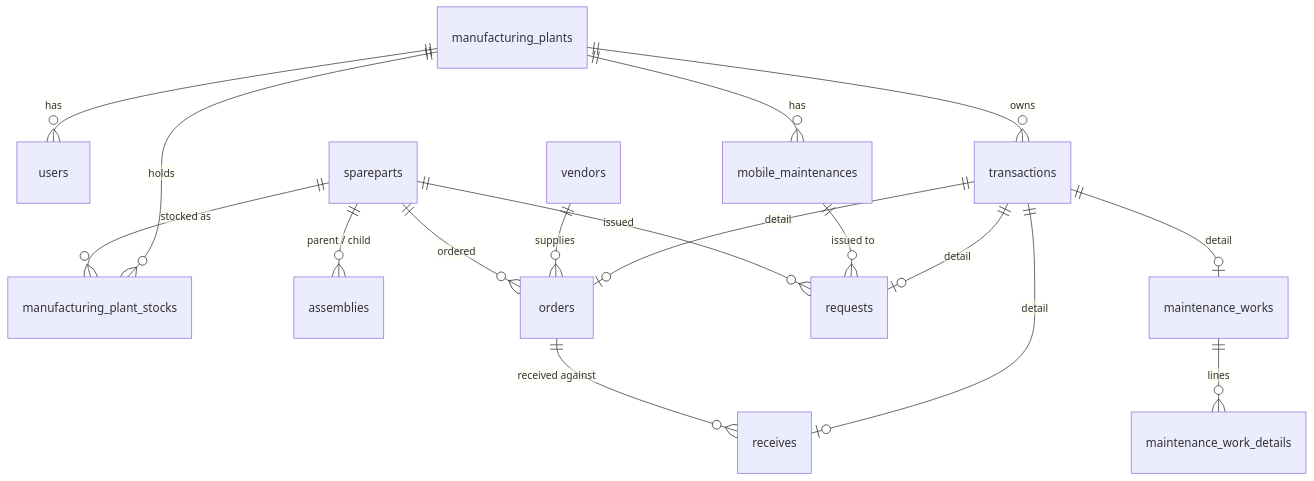
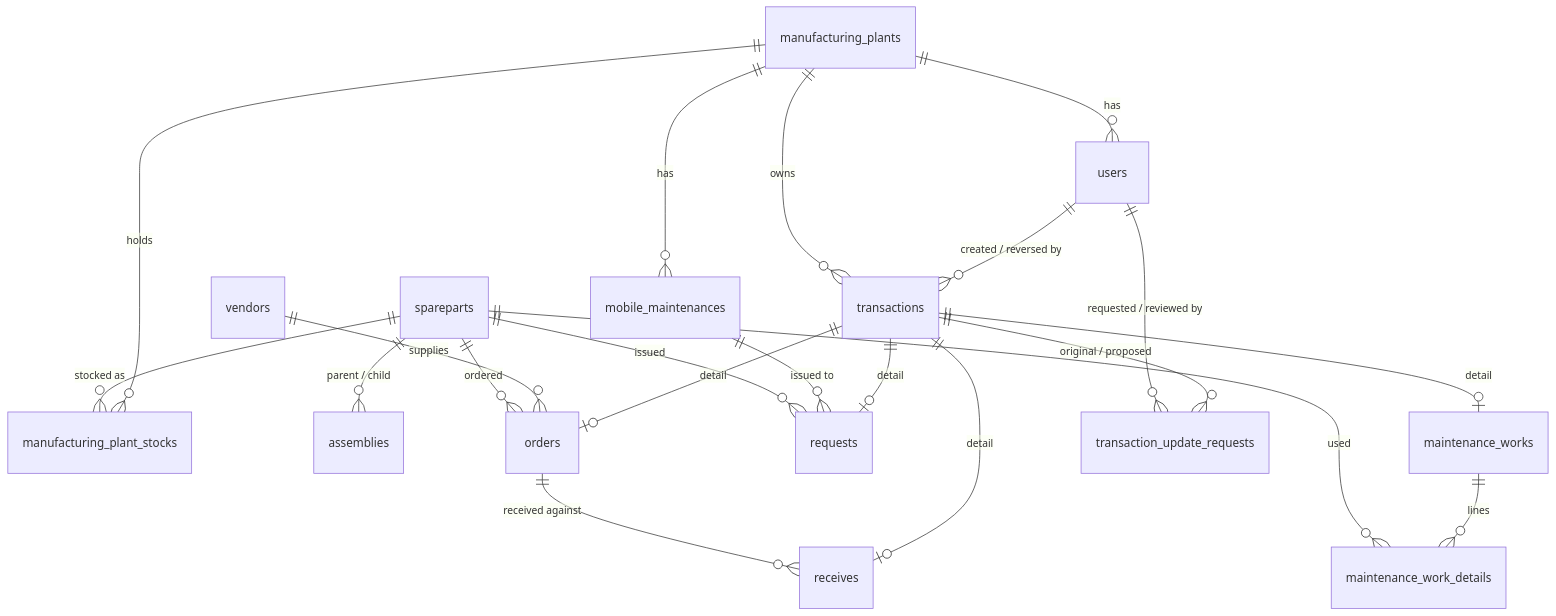
Before and after one commit to JoxNeis/skt-sparepart-inventory-system: the diagram in README.md, drawn with Mermaid. The commit also changed other lines of this file and 21 other files, not shown here.

````diff
--- a/README.md
+++ b/README.md
@@ -27,19 +27,23 @@
 ```mermaid
 erDiagram
     manufacturing_plants ||--o{ users : has
+    users ||--o{ transactions : "created / reversed by"
     manufacturing_plants ||--o{ mobile_maintenances : has
     manufacturing_plants ||--o{ manufacturing_plant_stocks : holds
     spareparts ||--o{ manufacturing_plant_stocks : "stocked as"
     spareparts ||--o{ assemblies : "parent / child"
     manufacturing_plants ||--o{ transactions : owns
     transactions ||--o| orders : "detail"
     transactions ||--o| receives : "detail"
     transactions ||--o| requests : "detail"
     transactions ||--o| maintenance_works : "detail"
     vendors ||--o{ orders : supplies
     spareparts ||--o{ orders : ordered
     orders ||--o{ receives : "received against"
     mobile_maintenances ||--o{ requests : "issued to"
     spareparts ||--o{ requests : issued
     maintenance_works ||--o{ maintenance_work_details : lines
+    spareparts ||--o{ maintenance_work_details : used
+    transactions ||--o{ transaction_update_requests : "original / proposed"
+    users ||--o{ transaction_update_requests : "requested / reviewed by"
 ```
````
